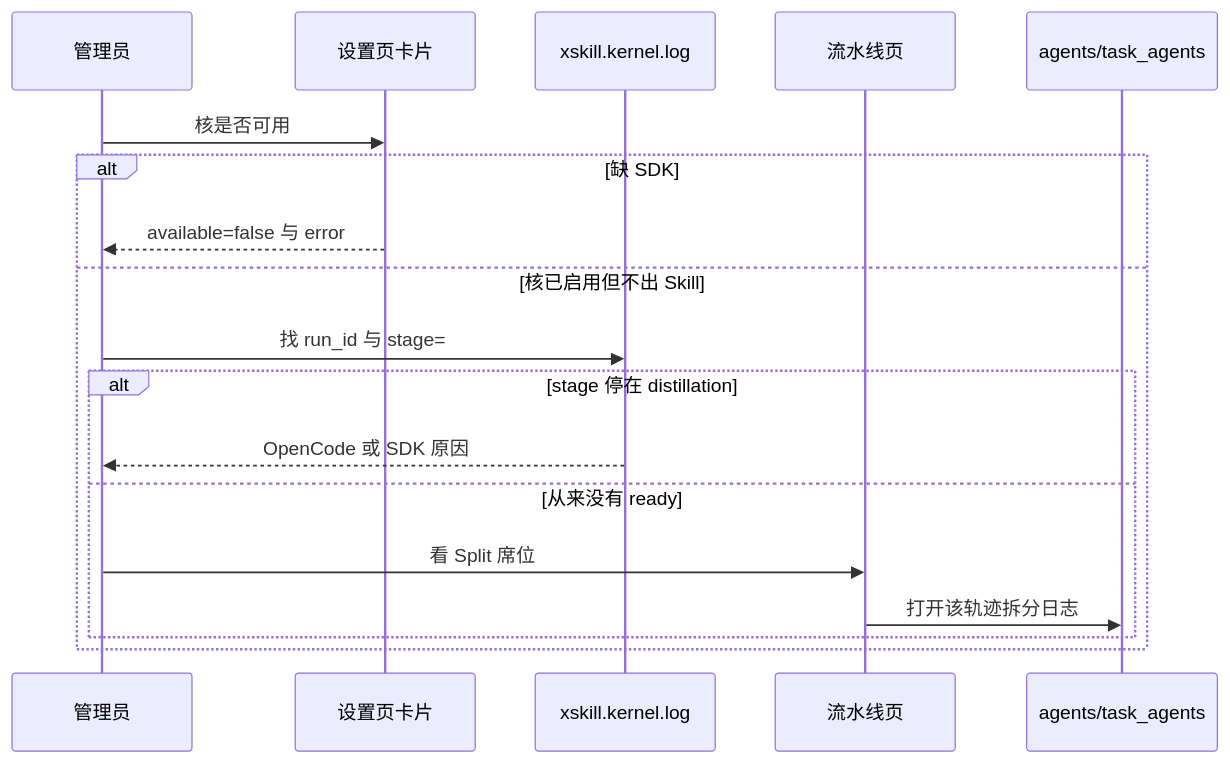
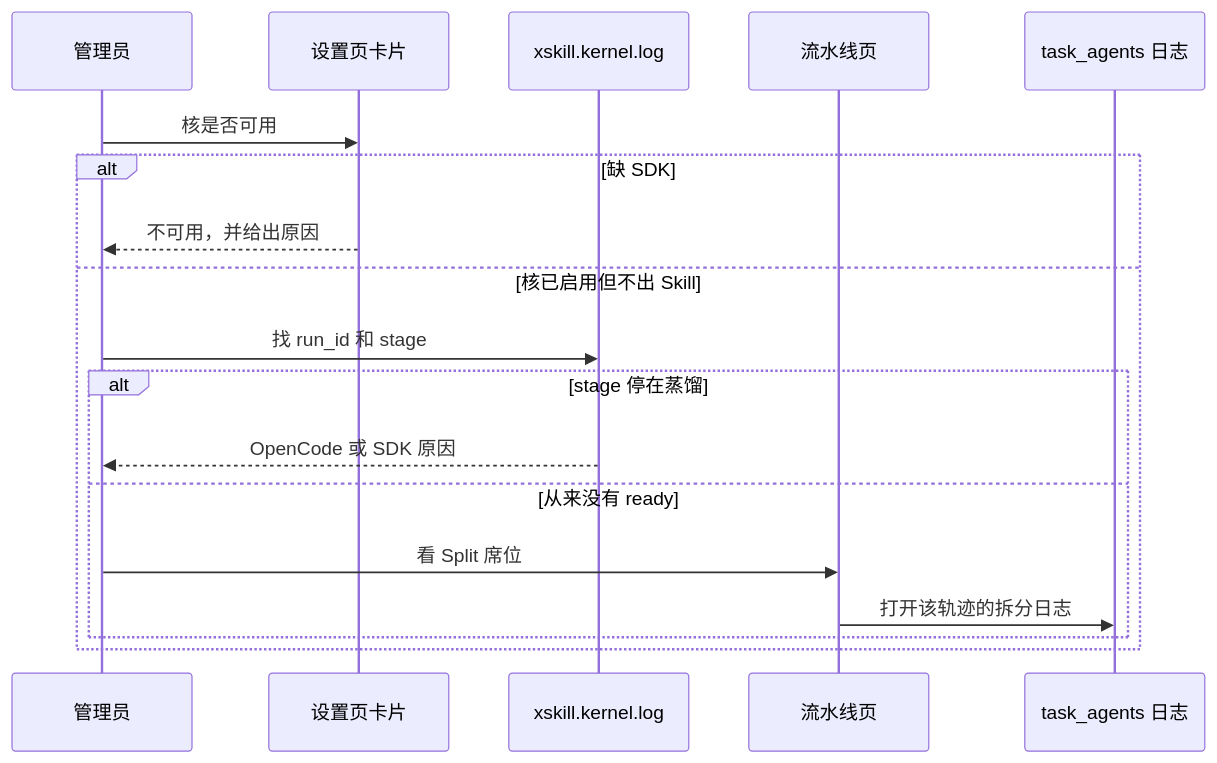
The fourth of 6 diagrams in docs/plans/2026-08-27-openearth-landing-on-main.md (SkillNerds/xskill), drawn with Mermaid before and after one commit. The commit also changed other lines of this file, not shown here.

First line of the commit message:
docs: put sequence and class diagrams first on the OE landing note

````diff
--- a/docs/plans/2026-08-27-openearth-landing-on-main.md
+++ b/docs/plans/2026-08-27-openearth-landing-on-main.md
@@ -194,21 +93,21 @@
 ```mermaid
 sequenceDiagram
     participant Admin as 管理员
     participant Card as 设置页卡片
     participant KLog as xskill.kernel.log
     participant Pipe as 流水线页
-    participant TLog as agents/task_agents
+    participant TLog as task_agents 日志
 
     Admin->>Card: 核是否可用
     alt 缺 SDK
-        Card-->>Admin: available=false 与 error
+        Card-->>Admin: 不可用，并给出原因
     else 核已启用但不出 Skill
-        Admin->>KLog: 找 run_id 与 stage=
-        alt stage 停在 distillation
+        Admin->>KLog: 找 run_id 和 stage
+        alt stage 停在蒸馏
             KLog-->>Admin: OpenCode 或 SDK 原因
         else 从来没有 ready
             Admin->>Pipe: 看 Split 席位
-            Pipe->>TLog: 打开该轨迹拆分日志
+            Pipe->>TLog: 打开该轨迹的拆分日志
         end
     end
 ```
````
